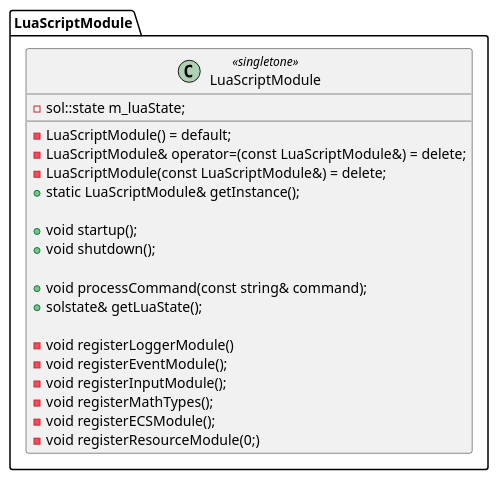
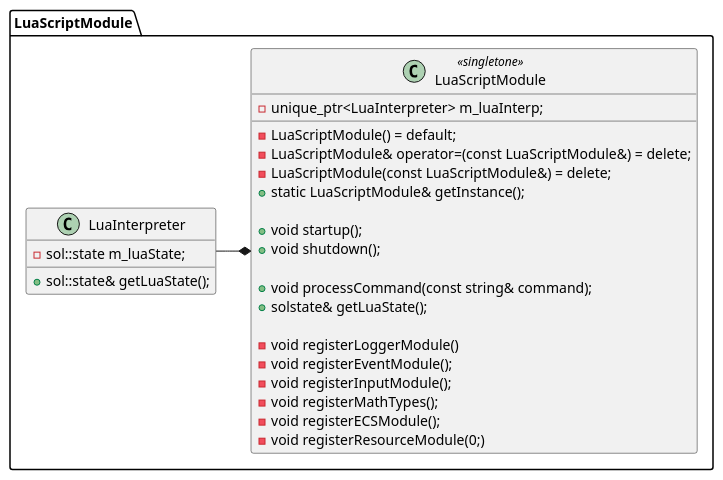
One commit to MEgorov4/LampyEngine changed the diagram in docs/diagrams/src/class_diagram/GameLogicSubsystem/LuaScriptModule.puml. Above: the diagram before and after it, drawn with PlantUML. The commit also changed 14 other files, not shown here.

```diff
--- a/docs/diagrams/src/class_diagram/GameLogicSubsystem/LuaScriptModule.puml
+++ b/docs/diagrams/src/class_diagram/GameLogicSubsystem/LuaScriptModule.puml
@@ -1,28 +1,37 @@
 @startuml
 package LuaScriptModule
 {
+    class LuaInterpreter
+    {
+        -sol::state m_luaState;
+
+        +sol::state& getLuaState();
+    }
+
     class LuaScriptModule <<singletone>>
     {
         -LuaScriptModule() = default;
         -LuaScriptModule& operator=(const LuaScriptModule&) = delete;
         -LuaScriptModule(const LuaScriptModule&) = delete;
 
-        -sol::state m_luaState;
-
+        -unique_ptr<LuaInterpreter> m_luaInterp;
+        
         +static LuaScriptModule& getInstance();
 
         +void startup();
         +void shutdown();
 
         +void processCommand(const string& command);
         +solstate& getLuaState();
 
         -void registerLoggerModule()
         -void registerEventModule();
         -void registerInputModule();
         -void registerMathTypes();
         -void registerECSModule();
         -void registerResourceModule(0;)
     }
+
+    LuaInterpreter -right-* LuaScriptModule
 }
 @enduml
```
